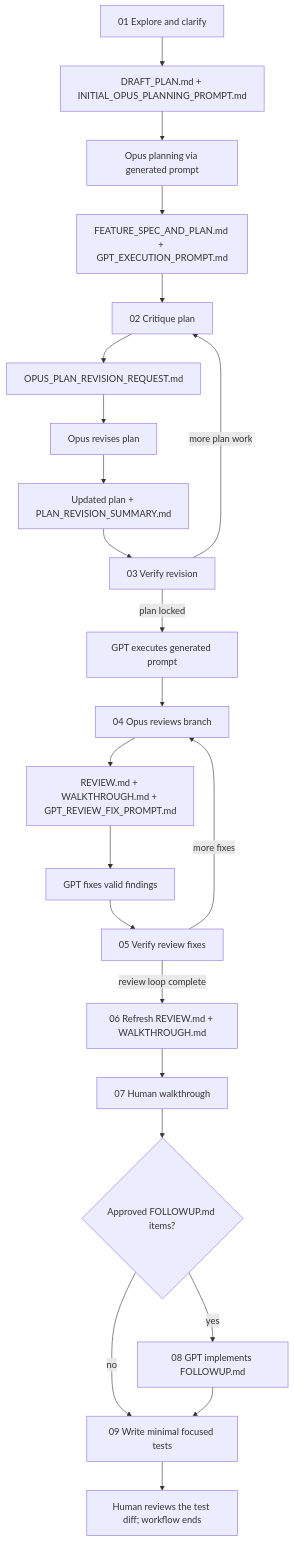
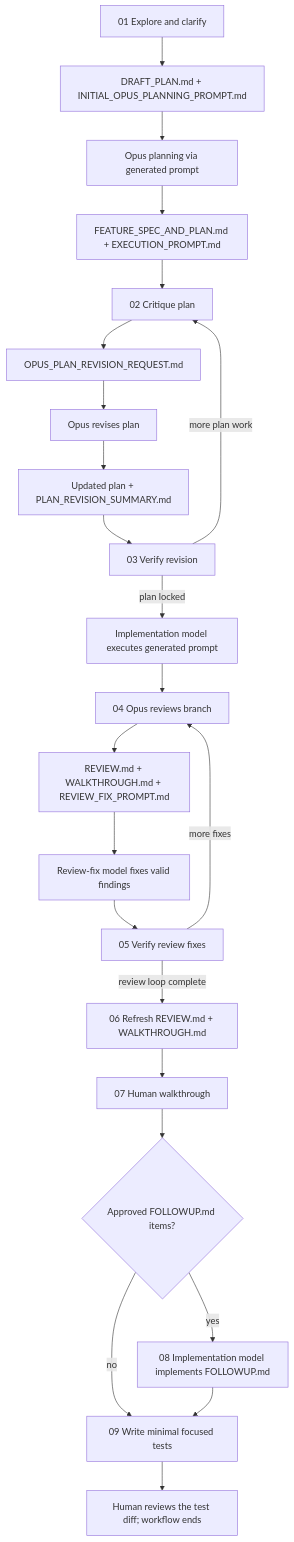
Before and after one commit to viseshrp/ai-coding-workflow: the diagram in README.md, drawn with Mermaid. The commit also changed other lines of this file and 9 other files, not shown here.

````diff
--- a/README.md
+++ b/README.md
@@ -9,25 +9,25 @@
 ```mermaid
 flowchart TD
     A["01 Explore and clarify"] --> B["DRAFT_PLAN.md + INITIAL_OPUS_PLANNING_PROMPT.md"]
     B --> C["Opus planning via generated prompt"]
-    C --> D["FEATURE_SPEC_AND_PLAN.md + GPT_EXECUTION_PROMPT.md"]
+    C --> D["FEATURE_SPEC_AND_PLAN.md + EXECUTION_PROMPT.md"]
     D --> E["02 Critique plan"]
     E --> F["OPUS_PLAN_REVISION_REQUEST.md"]
     F --> G["Opus revises plan"]
     G --> H["Updated plan + PLAN_REVISION_SUMMARY.md"]
     H --> I["03 Verify revision"]
     I -- "more plan work" --> E
-    I -- "plan locked" --> J["GPT executes generated prompt"]
+    I -- "plan locked" --> J["Implementation model executes generated prompt"]
     J --> K["04 Opus reviews branch"]
-    K --> L["REVIEW.md + WALKTHROUGH.md + GPT_REVIEW_FIX_PROMPT.md"]
-    L --> M["GPT fixes valid findings"]
+    K --> L["REVIEW.md + WALKTHROUGH.md + REVIEW_FIX_PROMPT.md"]
+    L --> M["Review-fix model fixes valid findings"]
     M --> N["05 Verify review fixes"]
     N -- "more fixes" --> K
     N -- "review loop complete" --> O["06 Refresh REVIEW.md + WALKTHROUGH.md"]
     O --> P["07 Human walkthrough"]
     P --> Q{"Approved FOLLOWUP.md items?"}
-    Q -- "yes" --> R["08 GPT implements FOLLOWUP.md"]
+    Q -- "yes" --> R["08 Implementation model implements FOLLOWUP.md"]
     Q -- "no" --> S["09 Write minimal focused tests"]
     R --> S
     S --> T["Human reviews the test diff; workflow ends"]
 ```
````
